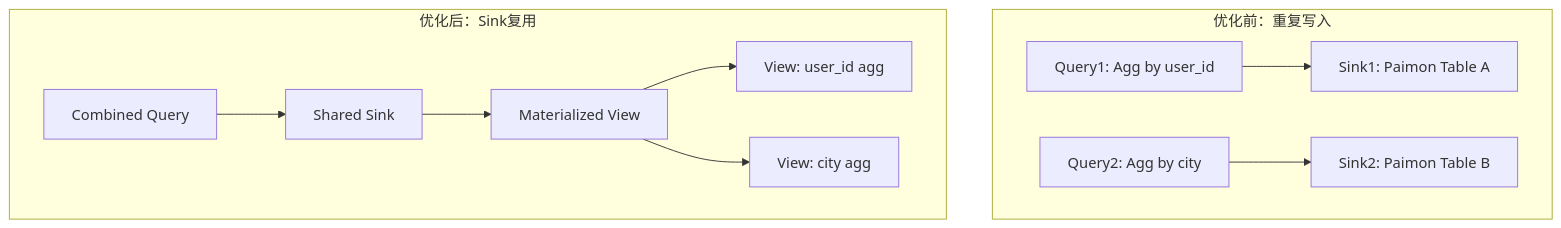
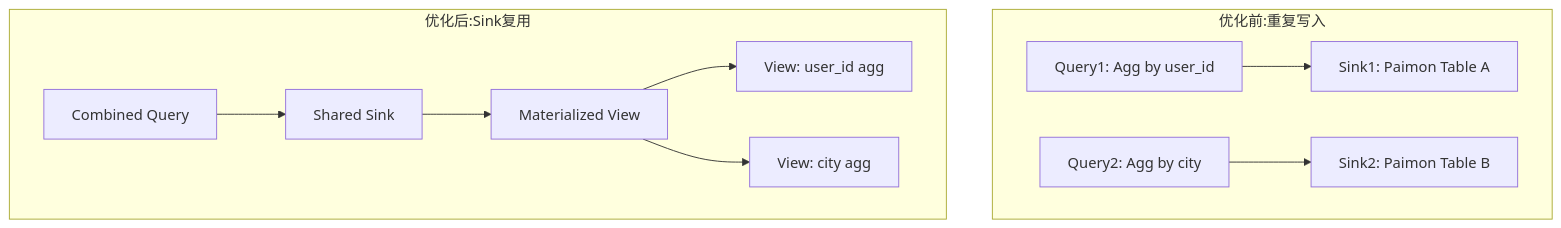
The eighth of 8 diagrams in Flink/03-api/03.02-table-sql-api/flink-materialized-table-deep-dive.md (AdaMartin18010/AnalysisDataFlow), drawn with Mermaid before and after one commit. The commit also changed other lines of this file and 634 other files, not shown here.

````diff
--- a/Flink/03-api/03.02-table-sql-api/flink-materialized-table-deep-dive.md
+++ b/Flink/03-api/03.02-table-sql-api/flink-materialized-table-deep-dive.md
@@ -737,20 +740,20 @@
 ```mermaid
 graph TB
-    subgraph "优化前：重复写入"
+    subgraph "优化前:重复写入"
         Q1[Query1: Agg by user_id]
         Q2[Query2: Agg by city]
         S1[Sink1: Paimon Table A]
         S2[Sink2: Paimon Table B]
         Q1 --> S1
         Q2 --> S2
     end
 
-    subgraph "优化后：Sink复用"
+    subgraph "优化后:Sink复用"
         Q3[Combined Query]
         S3[Shared Sink]
         MV[Materialized View]
         Q3 --> S3 --> MV
         MV --> V1[View: user_id agg]
         MV --> V2[View: city agg]
     end
 ```
````
